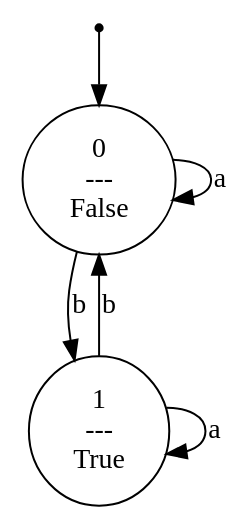
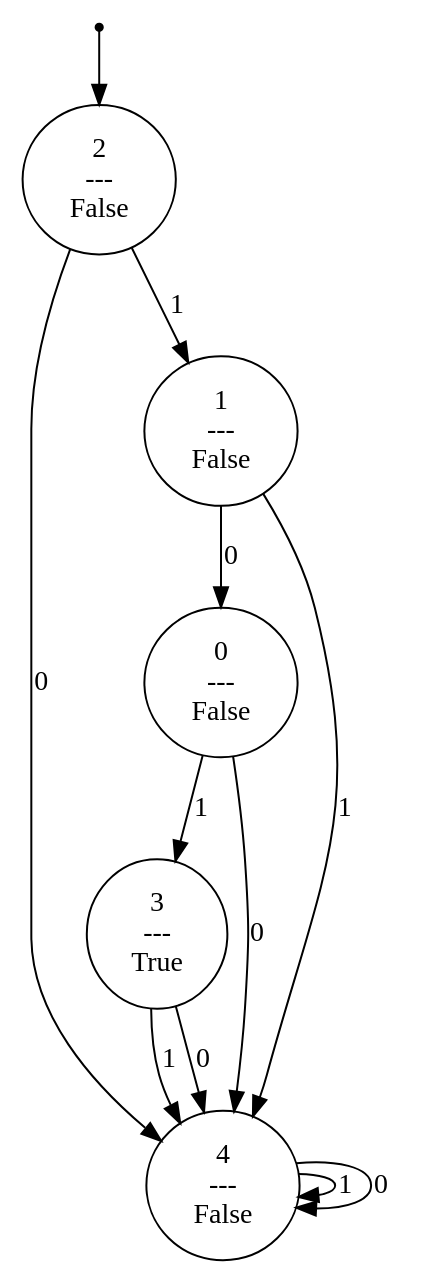
Before and after one commit to srnapls/history-rewards-for-pomdps: the diagram in code/dot/m2.dot, drawn with Graphviz. The commit also changed 26 other files, not shown here.

Commit message:
cleaned up code, internal pomdp is now complete in induced_pomdp. rewrote DFA::reduce(self) again, should work. Tested with sequences and regular expressions.

```diff
--- a/code/dot/m2.dot
+++ b/code/dot/m2.dot
@@ -1,10 +1,19 @@
 digraph G {
 0 [label="", shape=point];
-0 -> 1;
+0 -> 3;
 1 [label="0\n---\nFalse"];
-1 -> 1  [label=a];
-1 -> 2  [label=b];
-2 [label="1\n---\nTrue"];
-2 -> 2  [label=a];
-2 -> 1  [label=b];
+1 -> 4  [label=1];
+1 -> 5  [label=0];
+2 [label="1\n---\nFalse"];
+2 -> 5  [label=1];
+2 -> 1  [label=0];
+3 [label="2\n---\nFalse"];
+3 -> 2  [label=1];
+3 -> 5  [label=0];
+4 [label="3\n---\nTrue"];
+4 -> 5  [label=1];
+4 -> 5  [label=0];
+5 [label="4\n---\nFalse"];
+5 -> 5  [label=1];
+5 -> 5  [label=0];
 }
```
